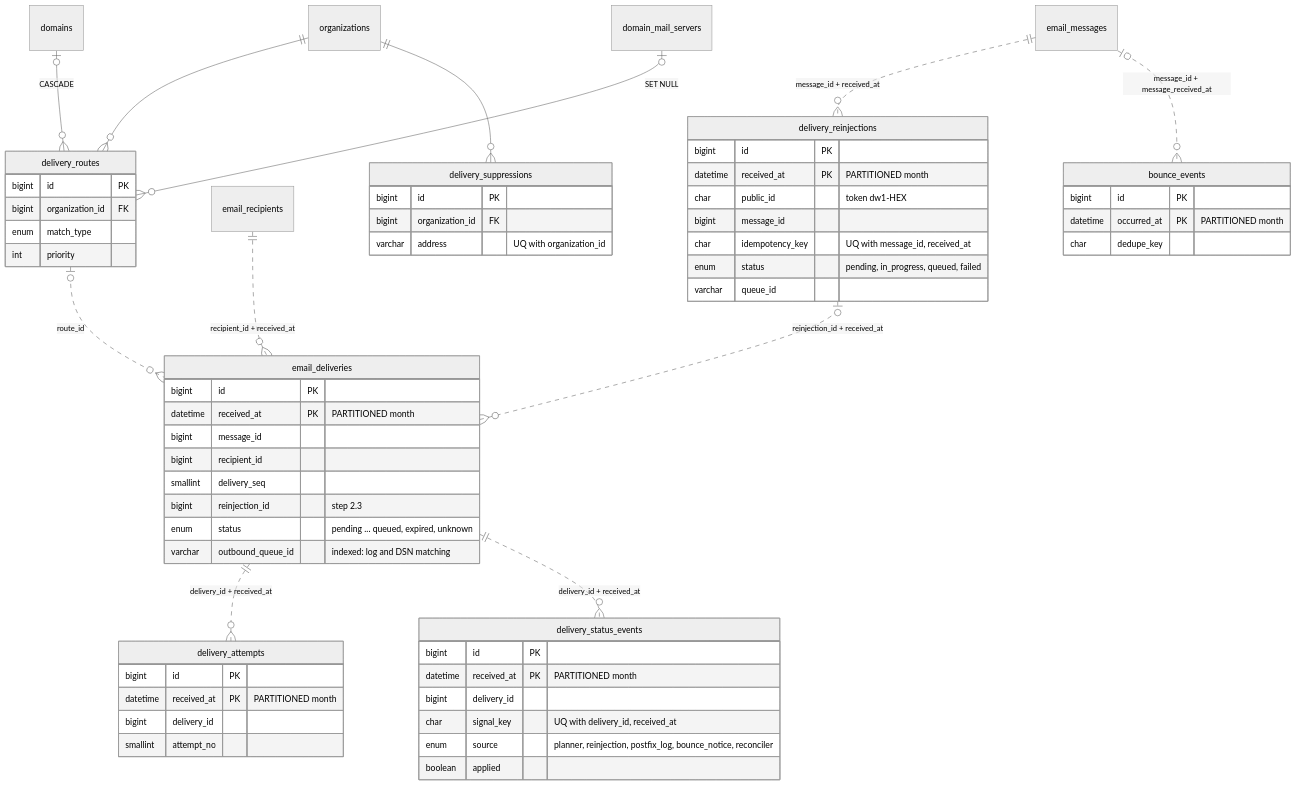
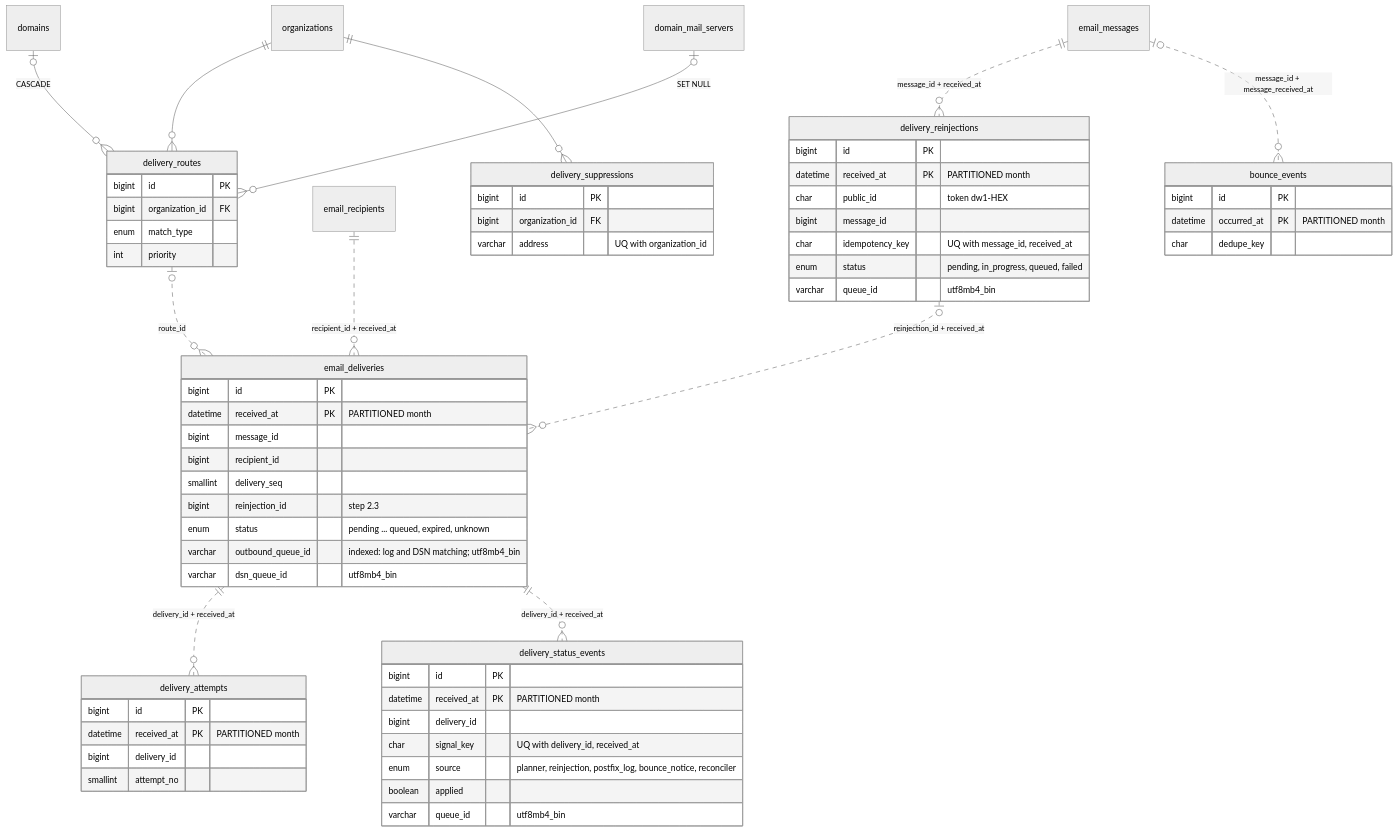
One commit to mnnitsarvesh-ai/email-gateway changed the eighth of 11 diagrams in docs/database/er-diagram.md. Above: the diagram before and after it, drawn with Mermaid (neutral theme). The commit also changed other lines of this file and 211 other files, not shown here.

````diff
--- a/docs/database/er-diagram.md
+++ b/docs/database/er-diagram.md
@@ -494,63 +507,65 @@
 ```mermaid
 erDiagram
   organizations ||--o{ delivery_routes : ""
   domains |o--o{ delivery_routes : "CASCADE"
   domain_mail_servers |o--o{ delivery_routes : "SET NULL"
   email_recipients ||..o{ email_deliveries : "recipient_id + received_at"
   email_deliveries ||..o{ delivery_attempts : "delivery_id + received_at"
   delivery_routes |o..o{ email_deliveries : "route_id"
   email_messages ||..o{ delivery_reinjections : "message_id + received_at"
   delivery_reinjections |o..o{ email_deliveries : "reinjection_id + received_at"
   email_deliveries ||..o{ delivery_status_events : "delivery_id + received_at"
   organizations ||--o{ delivery_suppressions : ""
   email_messages |o..o{ bounce_events : "message_id + message_received_at"
   delivery_routes {
     bigint id PK
     bigint organization_id FK
     enum match_type
     int priority
   }
   email_deliveries {
     bigint id PK
     datetime received_at PK "PARTITIONED month"
     bigint message_id
     bigint recipient_id
     smallint delivery_seq
     bigint reinjection_id "step 2.3"
     enum status "pending ... queued, expired, unknown"
-    varchar outbound_queue_id "indexed: log and DSN matching"
+    varchar outbound_queue_id "indexed: log and DSN matching; utf8mb4_bin"
+    varchar dsn_queue_id "utf8mb4_bin"
   }
   delivery_reinjections {
     bigint id PK
     datetime received_at PK "PARTITIONED month"
     char public_id "token dw1-HEX"
     bigint message_id
     char idempotency_key "UQ with message_id, received_at"
     enum status "pending, in_progress, queued, failed"
-    varchar queue_id
+    varchar queue_id "utf8mb4_bin"
   }
   delivery_status_events {
     bigint id PK
     datetime received_at PK "PARTITIONED month"
     bigint delivery_id
     char signal_key "UQ with delivery_id, received_at"
     enum source "planner, reinjection, postfix_log, bounce_notice, reconciler"
     boolean applied
+    varchar queue_id "utf8mb4_bin"
   }
   delivery_attempts {
     bigint id PK
     datetime received_at PK "PARTITIONED month"
     bigint delivery_id
     smallint attempt_no
   }
   delivery_suppressions {
     bigint id PK
     bigint organization_id FK
     varchar address "UQ with organization_id"
   }
   bounce_events {
     bigint id PK
     datetime occurred_at PK "PARTITIONED month"
     char dedupe_key
   }
 ```
````
